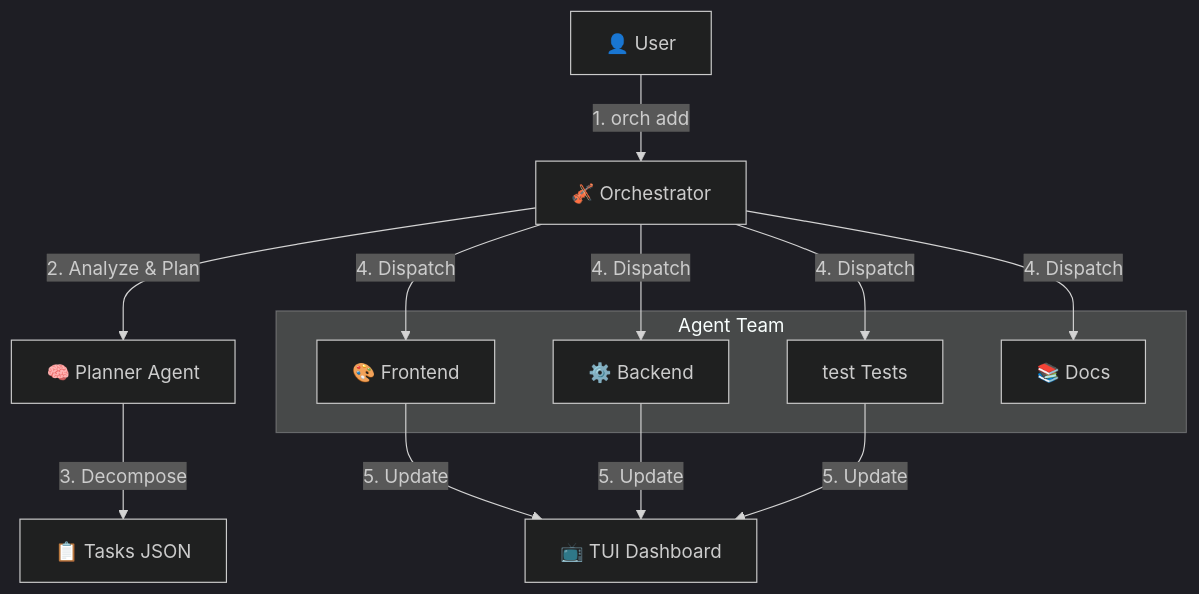
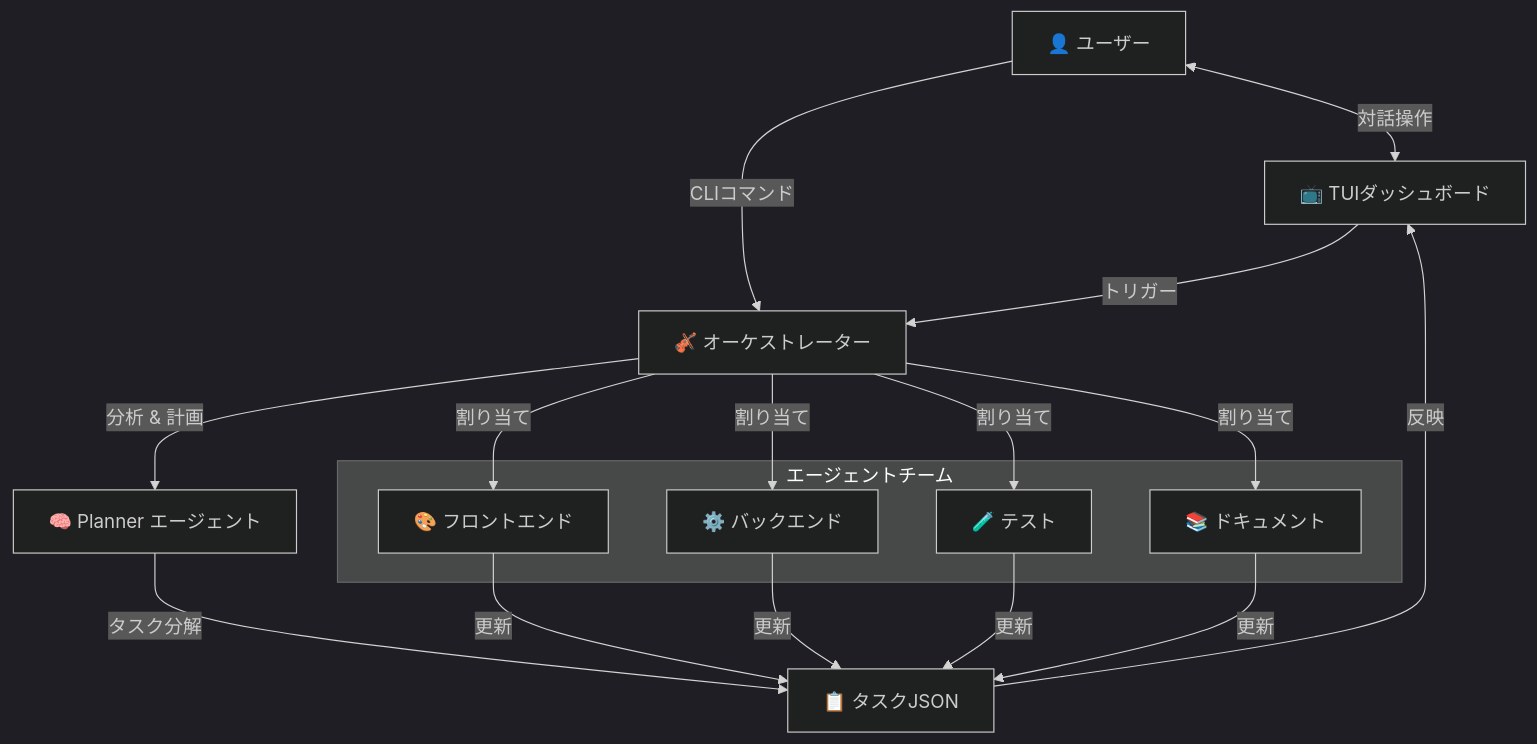
Before and after one commit to Shineos/claude-orchestra: the first of 2 diagrams in README.md, drawn with Mermaid (dark theme). The commit also changed other lines of this file, not shown here.

Commit message:
docs: README.md の内容を更新

````diff
--- a/README.md
+++ b/README.md
@@ -98,22 +98,29 @@
 ```mermaid
 graph TD
-    User[👤 User] -->|1. orch add| Orchestrator[🎻 Orchestrator]
-    Orchestrator -->|2. Analyze & Plan| Planner[🧠 Planner Agent]
-    Planner -->|3. Decompose| Tasks[📋 Tasks JSON]
+    User[👤 ユーザー] <-->|対話操作| Dashboard[📺 TUIダッシュボード]
+    User -->|CLIコマンド| Orchestrator[🎻 オーケストレーター]
     
-    subgraph "Agent Team"
-        Frontend[🎨 Frontend]
-        Backend[⚙️ Backend]
-        Tests[test Tests]
-        Docs[📚 Docs]
+    Dashboard -->|トリガー| Orchestrator
+    
+    Orchestrator -->|分析 & 計画| Planner[🧠 Planner エージェント]
+    Planner -->|タスク分解| Tasks[📋 タスクJSON]
+    
+    subgraph "エージェントチーム"
+        Frontend[🎨 フロントエンド]
+        Backend[⚙️ バックエンド]
+        Tests[🧪 テスト]
+        Docs[📚 ドキュメント]
     end
     
-    Orchestrator -->|4. Dispatch| Frontend
-    Orchestrator -->|4. Dispatch| Backend
-    Orchestrator -->|4. Dispatch| Tests
-    Orchestrator -->|4. Dispatch| Docs
+    Orchestrator -->|割り当て| Frontend
+    Orchestrator -->|割り当て| Backend
+    Orchestrator -->|割り当て| Tests
+    Orchestrator -->|割り当て| Docs
     
-    Frontend -->|5. Update| Dashboard[📺 TUI Dashboard]
-    Backend -->|5. Update| Dashboard
-    Tests -->|5. Update| Dashboard
+    Frontend -->|更新| Tasks
+    Backend -->|更新| Tasks
+    Tests -->|更新| Tasks
+    Docs -->|更新| Tasks
+    
+    Tasks -->|反映| Dashboard
 ```
````
